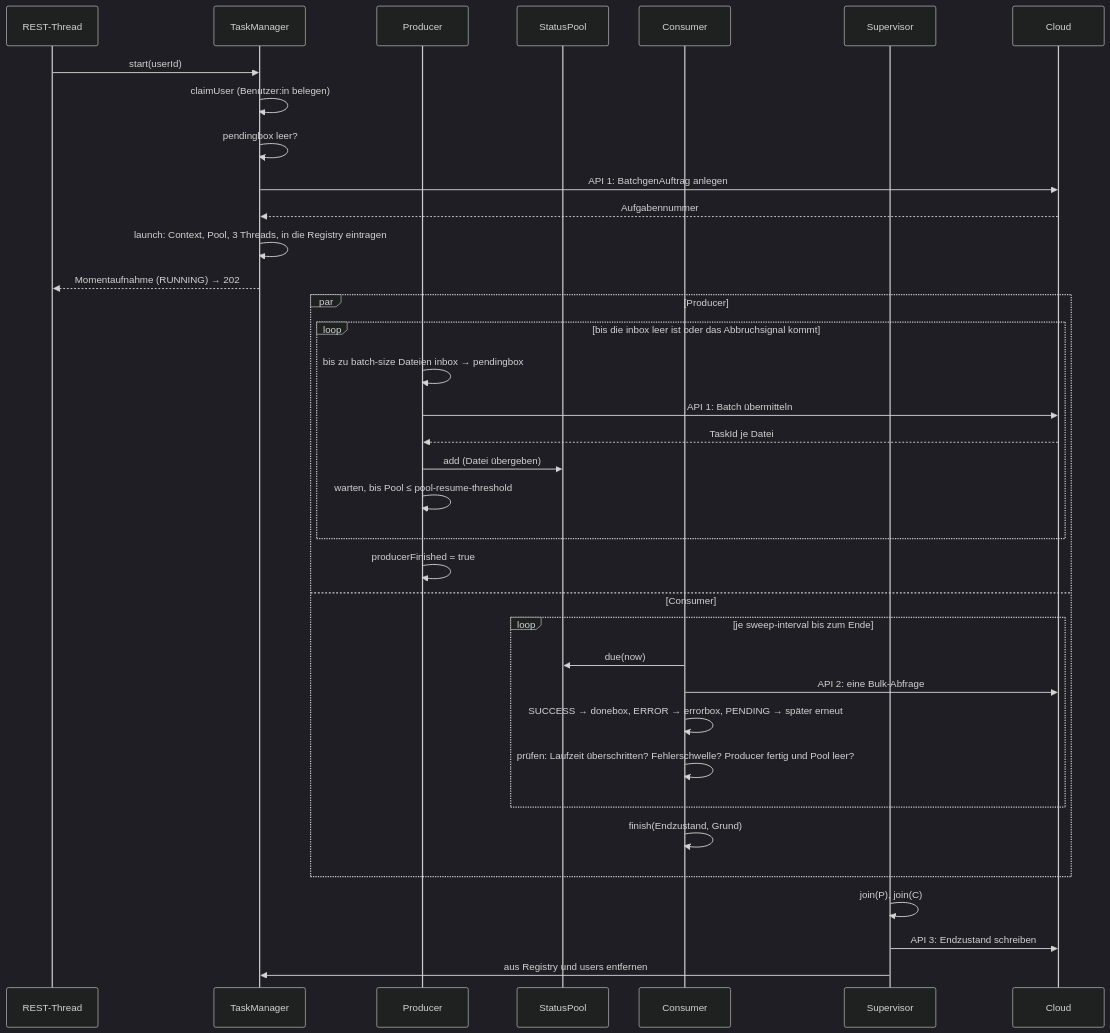
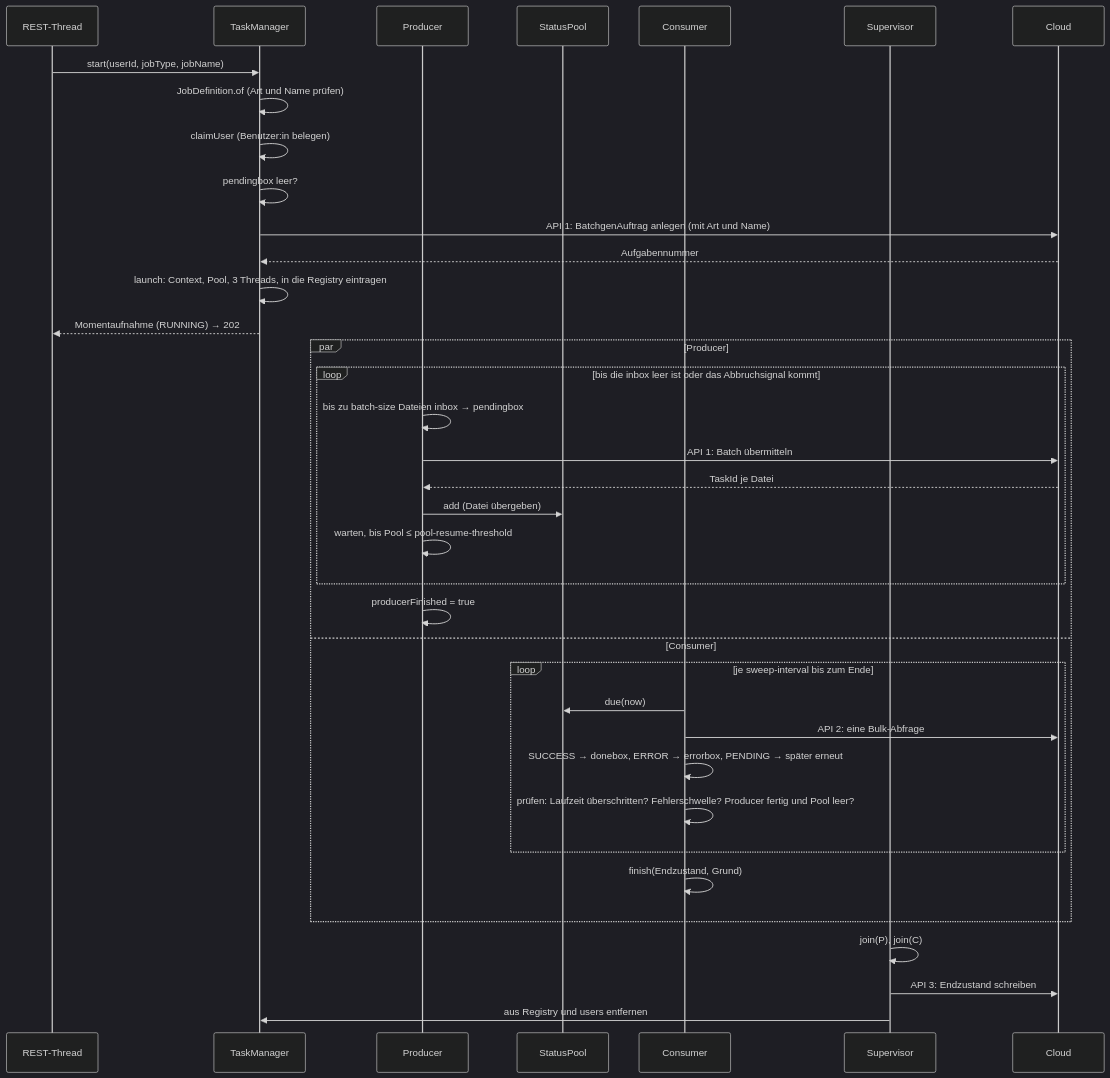
The second of 5 diagrams in docs/architect/implementierung.md (wwsstl/asynchrone-anwendungsarchitektur), drawn with Mermaid (dark theme) before and after one commit. The commit also changed other lines of this file and 27 other files, not shown here.

````diff
--- a/docs/architect/implementierung.md
+++ b/docs/architect/implementierung.md
@@ -145,39 +145,40 @@
 ```mermaid
 sequenceDiagram
     participant R as REST-Thread
     participant TM as TaskManager
     participant P as Producer
     participant Pool as StatusPool
     participant C as Consumer
     participant S as Supervisor
     participant Cl as Cloud
 
-    R->>TM: start(userId)
+    R->>TM: start(userId, jobType, jobName)
+    TM->>TM: JobDefinition.of (Art und Name prüfen)
     TM->>TM: claimUser (Benutzer:in belegen)
     TM->>TM: pendingbox leer?
-    TM->>Cl: API 1: BatchgenAuftrag anlegen
+    TM->>Cl: API 1: BatchgenAuftrag anlegen (mit Art und Name)
     Cl-->>TM: Aufgabennummer
     TM->>TM: launch: Context, Pool, 3 Threads, in die Registry eintragen
     TM-->>R: Momentaufnahme (RUNNING) → 202
     par Producer
         loop bis die inbox leer ist oder das Abbruchsignal kommt
             P->>P: bis zu batch-size Dateien inbox → pendingbox
             P->>Cl: API 1: Batch übermitteln
             Cl-->>P: TaskId je Datei
             P->>Pool: add (Datei übergeben)
             P->>P: warten, bis Pool ≤ pool-resume-threshold
         end
         P->>P: producerFinished = true
     and Consumer
         loop je sweep-interval bis zum Ende
             C->>Pool: due(now)
             C->>Cl: API 2: eine Bulk-Abfrage
             C->>C: SUCCESS → donebox, ERROR → errorbox, PENDING → später erneut
             C->>C: prüfen: Laufzeit überschritten? Fehlerschwelle? Producer fertig und Pool leer?
         end
         C->>C: finish(Endzustand, Grund)
     end
     S->>S: join(P), join(C)
     S->>Cl: API 3: Endzustand schreiben
     S->>TM: aus Registry und users entfernen
 ```
````
